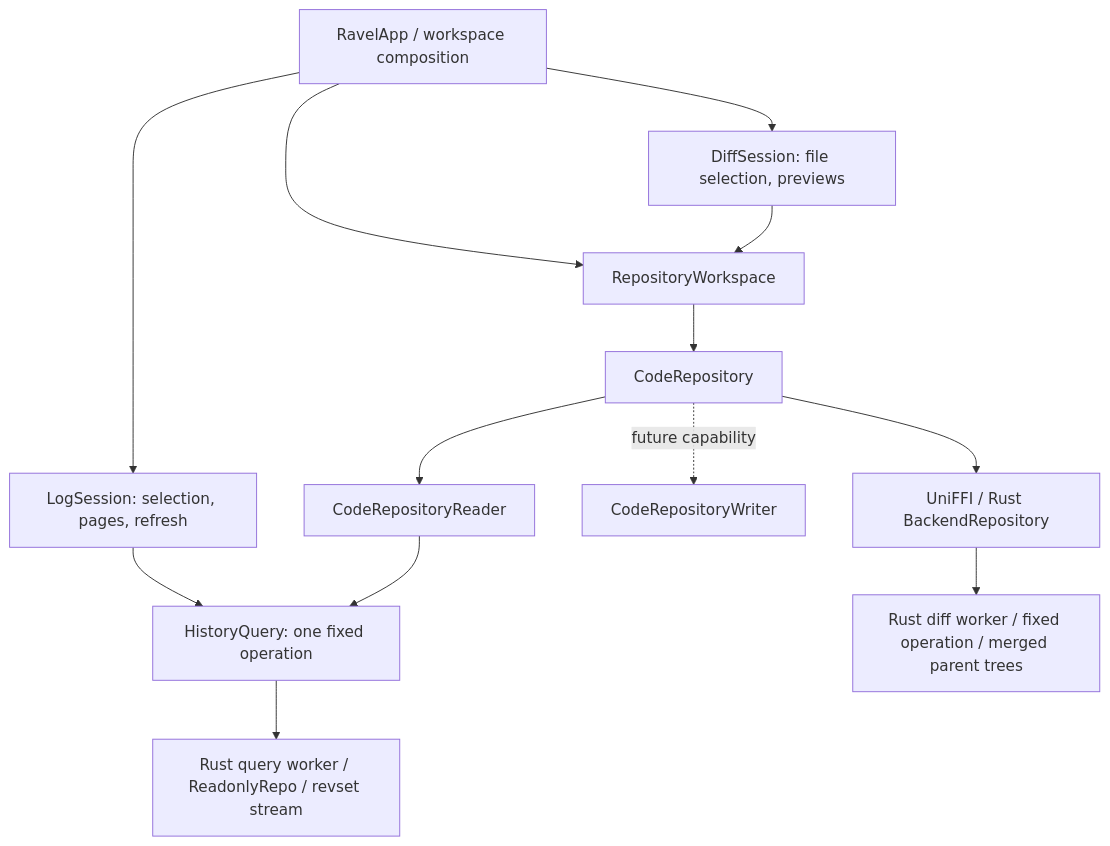
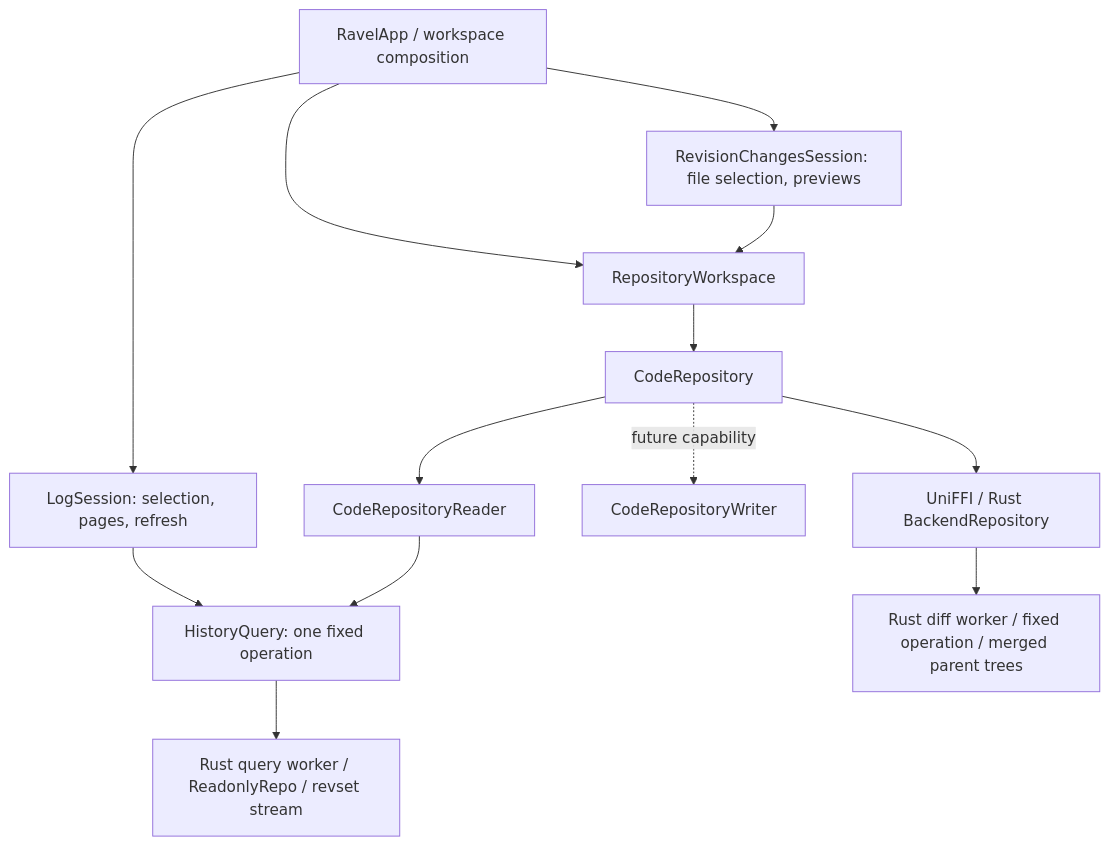
The diagram in Documentation/RepositoryArchitecture.md (Weixi779/Ravel), drawn with Mermaid before and after one commit. The commit also changed other lines of this file and 50 other files, not shown here.

First line of the commit message:
feat(revision): enrich diff browsing and preserve preview state

````diff
--- a/Documentation/RepositoryArchitecture.md
+++ b/Documentation/RepositoryArchitecture.md
@@ -39,15 +57,15 @@
 ```mermaid
 flowchart TD
     App[RavelApp / workspace composition] --> Workspace[RepositoryWorkspace]
     App --> Log[LogSession: selection, pages, refresh]
-    App --> Diff[DiffSession: file selection, previews]
+    App --> Diff[RevisionChangesSession: file selection, previews]
     Diff --> Workspace
     Workspace --> Repository[CodeRepository]
     Repository --> Reader[CodeRepositoryReader]
     Repository -. future capability .-> Writer[CodeRepositoryWriter]
     Log --> Query[HistoryQuery: one fixed operation]
     Reader --> Query
     Repository --> Native[UniFFI / Rust BackendRepository]
     Query --> Worker[Rust query worker / ReadonlyRepo / revset stream]
     Native --> DiffWorker[Rust diff worker / fixed operation / merged parent trees]
 ```
````
